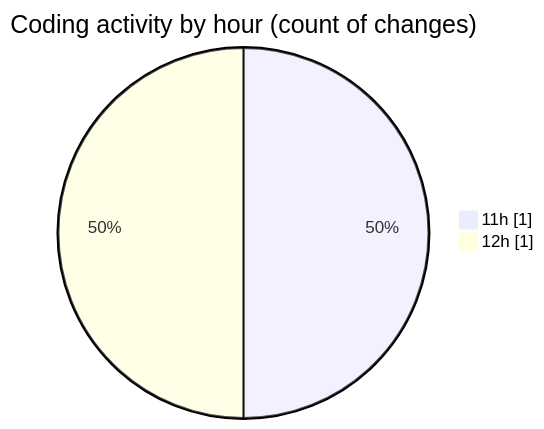
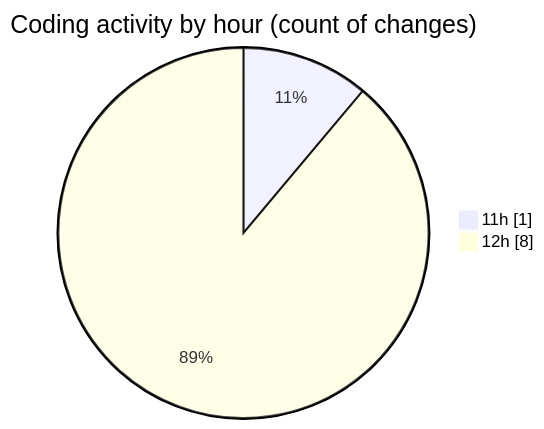
The second of 2 diagrams in 2025-03-01/react_ecom/README.md (Elitesun/code-tracking), drawn with Mermaid before and after one commit. The commit also changed other lines of this file and 1 other file, not shown here.

````diff
--- a/2025-03-01/react_ecom/README.md
+++ b/2025-03-01/react_ecom/README.md
@@ -28,6 +30,6 @@
 ```mermaid
 pie showData
 title Coding activity by hour (count of changes)
 "11h" : 1
-"12h" : 1
+"12h" : 8
 ```
````
